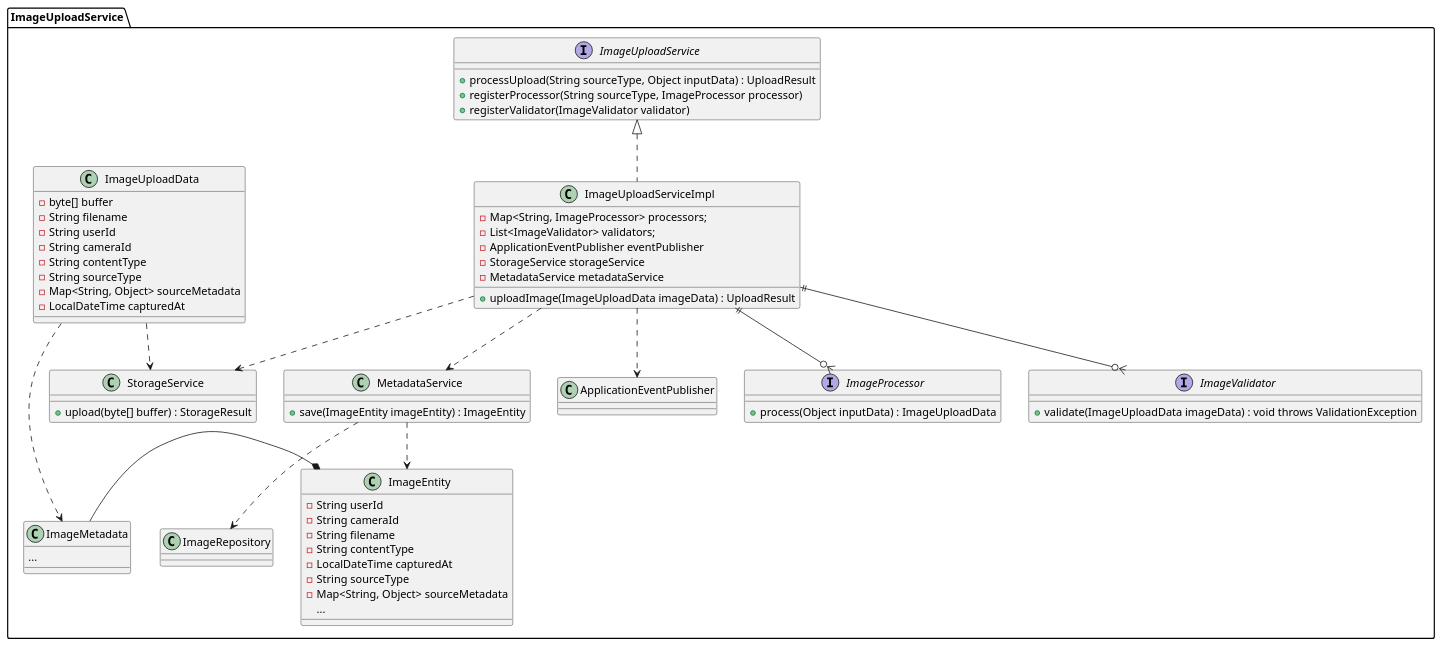
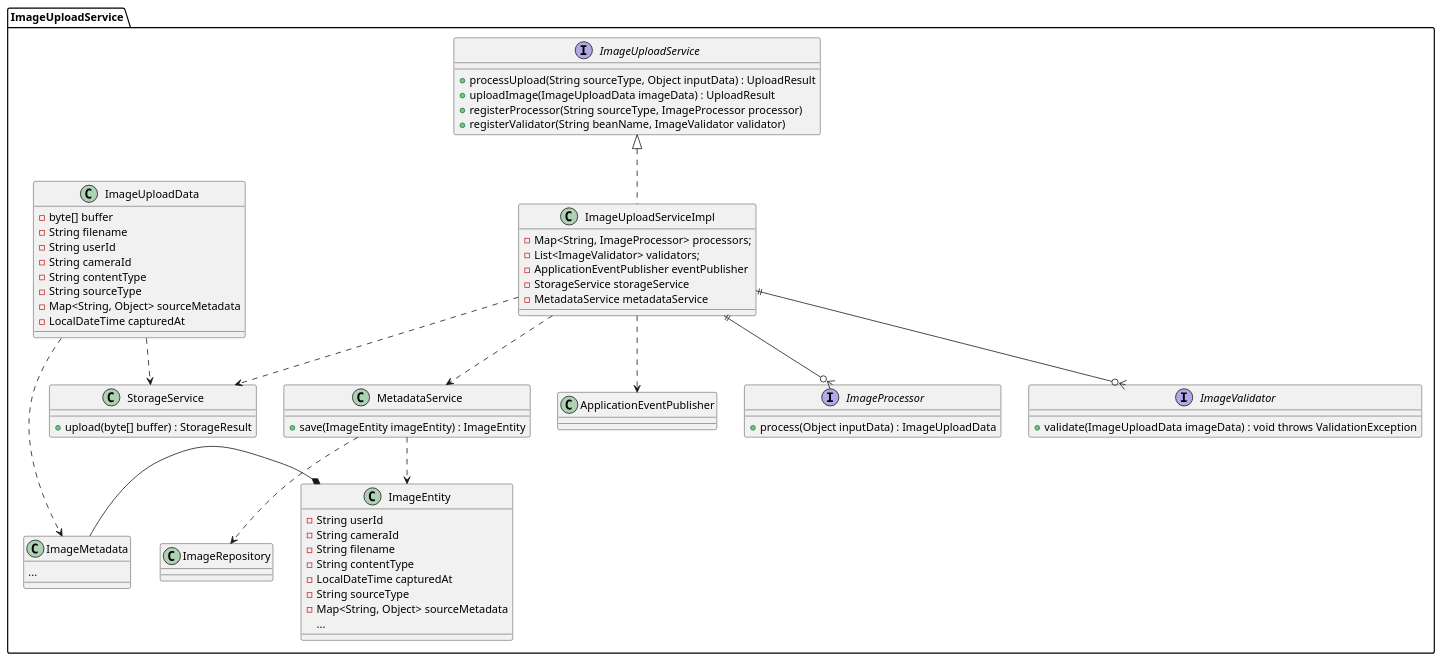
The diagram in src/main/resources/diagrams/ImageUpload.puml (danielwennstrom/wildcloud_backend), drawn with PlantUML before and after one commit. The commit also changed 26 other files, not shown here.

```diff
--- a/src/main/resources/diagrams/ImageUpload.puml
+++ b/src/main/resources/diagrams/ImageUpload.puml
@@ -1,88 +1,88 @@
 @startuml
 package ImageUploadService {
     ' sourceType = email, cloud, whatever
     interface ImageUploadService {
         + processUpload(String sourceType, Object inputData) : UploadResult
+        + uploadImage(ImageUploadData imageData) : UploadResult
         + registerProcessor(String sourceType, ImageProcessor processor)
-        + registerValidator(ImageValidator validator)
+        + registerValidator(String beanName, ImageValidator validator)
     }
     
     /' The ApplicationEventPublisher executes registered @EventListener classes,
        so we could have notifyUser, notifyTeamMembers hooks etc. in Service classes
        StorageService uploads to Cloudflare R2,
        MetadataService saves metadata such as the CDN URL
     '/
     class ImageUploadServiceImpl implements ImageUploadService {
         - Map<String, ImageProcessor> processors;
         - List<ImageValidator> validators;
         - ApplicationEventPublisher eventPublisher
-        + uploadImage(ImageUploadData imageData) : UploadResult
         - StorageService storageService
         - MetadataService metadataService
     }
         
     ImageUploadServiceImpl ||--o{ ImageProcessor
     ImageUploadServiceImpl ||--o{ ImageValidator
     ImageUploadServiceImpl ..> StorageService
     ImageUploadServiceImpl ..> MetadataService
     ImageUploadServiceImpl ..> ApplicationEventPublisher
     
     class StorageService {
         + upload(byte[] buffer) : StorageResult
     }
     
     ImageUploadData ..> StorageService
     
     class MetadataService {
         + save(ImageEntity imageEntity) : ImageEntity
     }
     
     MetadataService ..> ImageRepository
     MetadataService ..> ImageEntity
     ImageEntity *- ImageMetadata
     ImageUploadData ..> ImageMetadata
     
     class ImageEntity {
         - String userId
         - String cameraId
         - String filename
         - String contentType
         - LocalDateTime capturedAt
         - String sourceType
         - Map<String, Object> sourceMetadata
         ...
     }
     
     class ImageMetadata {
         ...
     }
     
     /' sourceMetadata could have metadata like which cloud service the image is from, etc.
        Basically whatever we want
     '/
     class ImageUploadData {
         - byte[] buffer
         - String filename
         - String userId
         - String cameraId
         - String contentType
         - String sourceType
         - Map<String, Object> sourceMetadata
         - LocalDateTime capturedAt
     }
     
     ' Strategy pattern (Manual upload, e-mail, cloud storage, whatever)
     interface ImageProcessor {
         + process(Object inputData) : ImageUploadData
     }
     
     /' Chain of Responsibility pattern
        The idea is to process the image data in a chain of validators,
        for example to check file size, file type, etc.
     '/
     interface ImageValidator {
         + validate(ImageUploadData imageData) : void throws ValidationException
     }
 }
 
 @enduml
```
